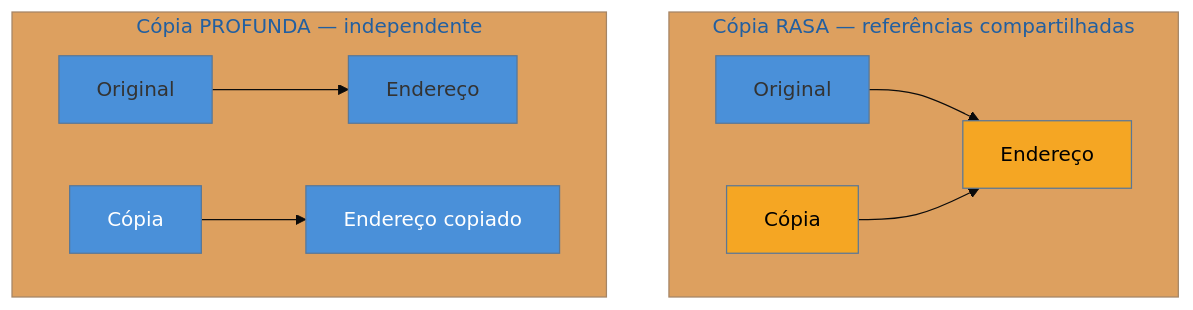
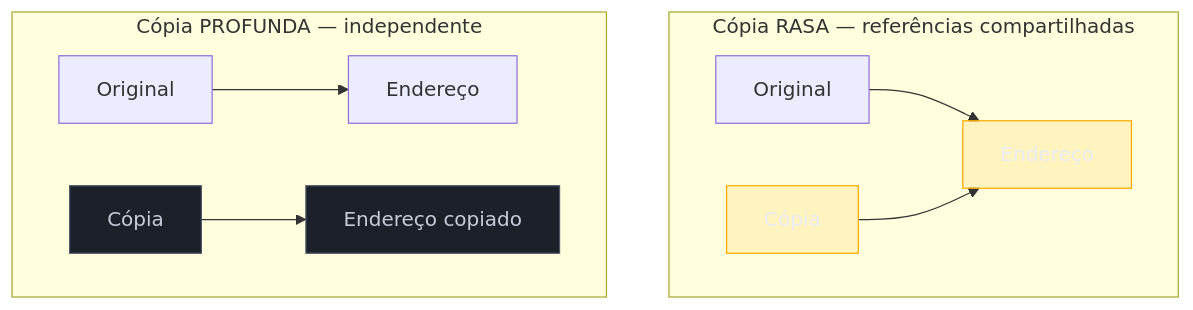
One commit to josenaldo/codex-technomanticus changed the diagram in 03-Dominios/Engenharia/Design de Software/Padrões de Projeto/Clássicos (GoF)/06 - Prototype.md. Above: the diagram before and after it, drawn with Mermaid. The commit also changed 1181 other files, not shown here.

First line of the commit message:
fix(diagramas): paleta do sistema no lugar de cor cravada no markdown

````diff
--- a/03-Dominios/Engenharia/Design de Software/Padrões de Projeto/Clássicos (GoF)/06 - Prototype.md
+++ b/03-Dominios/Engenharia/Design de Software/Padrões de Projeto/Clássicos (GoF)/06 - Prototype.md
@@ -36,17 +36,18 @@
 ```mermaid
-%%{init: {"theme": "base", "themeVariables": {"primaryColor": "#4A90D9"}}}%%
 graph TD
+    classDef destaque fill:#FFAA0024,stroke:#FFAA00,color:#E9ECF2
+    classDef neutro fill:#1B2029,stroke:#4E5666,color:#C6CCD8
     subgraph raso["Cópia RASA — referências compartilhadas"]
         O1[Original] --> E1[Endereço]
         C1[Cópia] --> E1
     end
     subgraph profunda["Cópia PROFUNDA — independente"]
         O2[Original] --> E2[Endereço]
         C2[Cópia] --> E3[Endereço copiado]
     end
 
-    style E1 fill:#F5A623,color:#000
-    style C1 fill:#F5A623,color:#000
-    style C2 fill:#4A90D9,color:#fff
-    style E3 fill:#4A90D9,color:#fff
+    class E1 destaque
+    class C1 destaque
+    class C2 neutro
+    class E3 neutro
 ```
````
